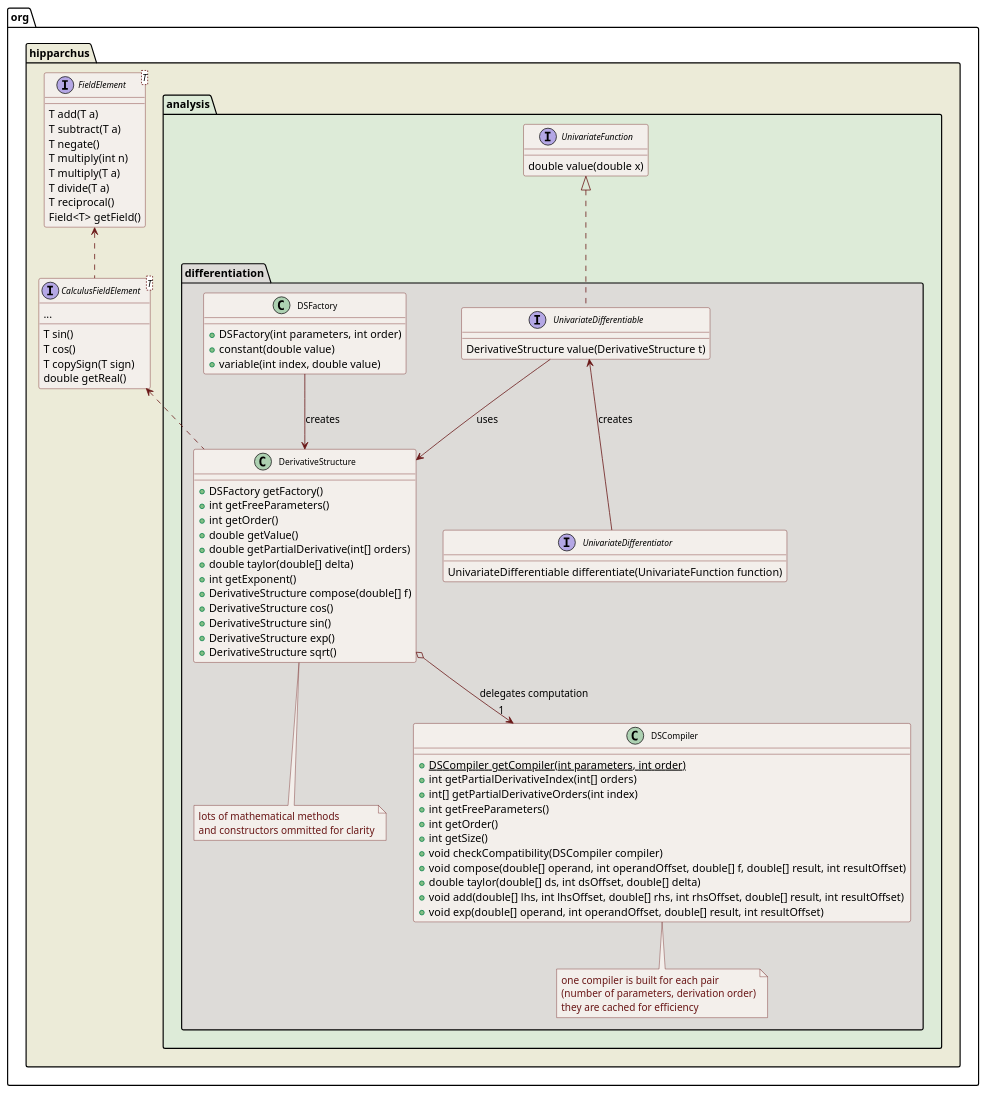
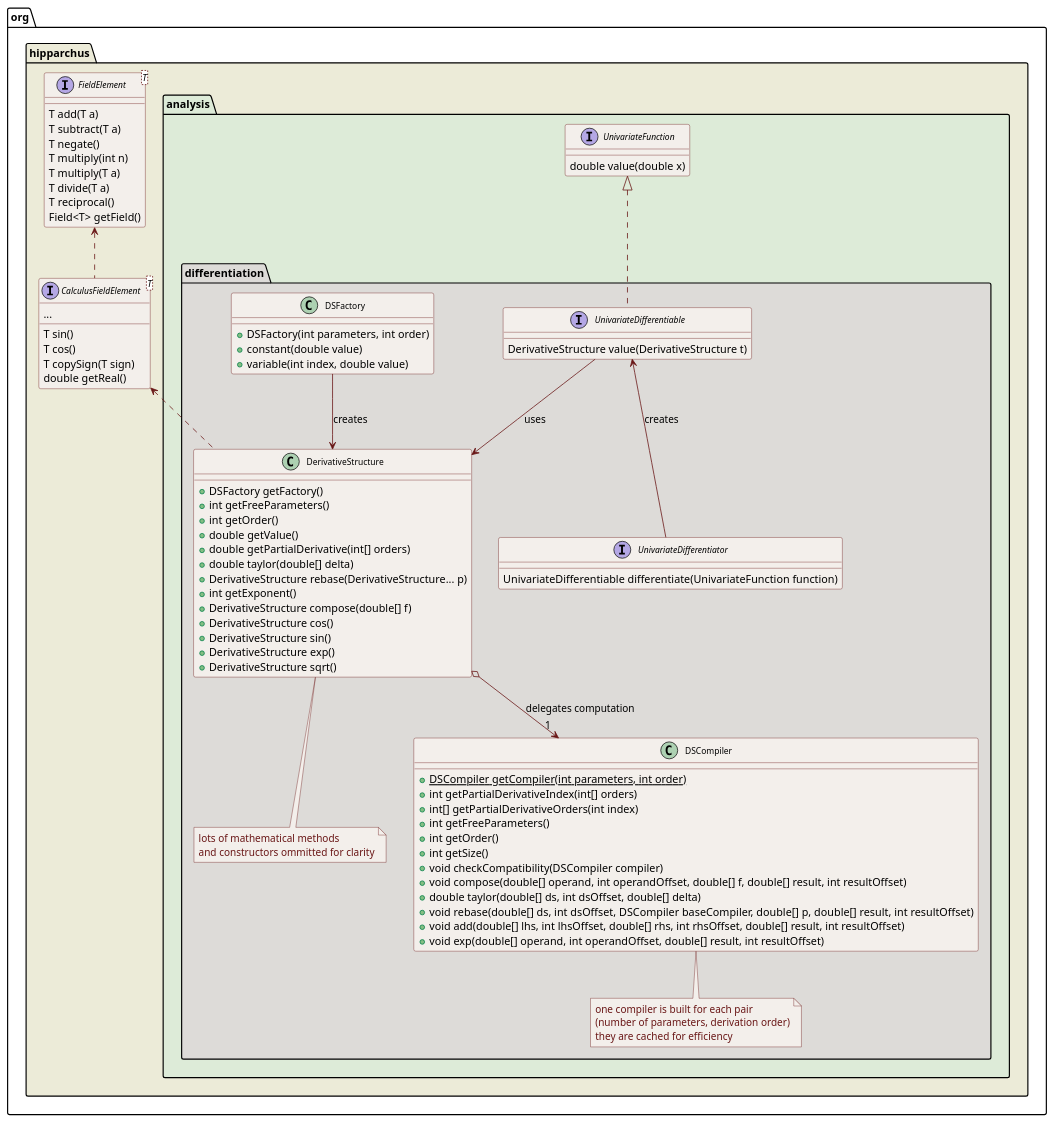
The diagram in hipparchus-core/src/site/design/differentiation.puml (Hipparchus-Math/hipparchus), drawn with PlantUML before and after one commit. The commit also changed 3 other files, not shown here.

First line of the commit message:
Finalized implementation of {Field}DerivativeStructure rebase.

```diff
--- a/hipparchus-core/src/site/design/differentiation.puml
+++ b/hipparchus-core/src/site/design/differentiation.puml
@@ -16,104 +16,106 @@
 @startuml
 
   skinparam svek                  true
   skinparam ClassBackgroundColor  #F3EFEB
   skinparam ClassArrowColor       #691616
   skinparam ClassBorderColor      #691616
   skinparam NoteBackgroundColor   #F3EFEB
   skinparam NoteBorderColor       #691616
   skinparam NoteFontColor         #691616
   skinparam ClassFontSize         11
 
   package org.hipparchus #ECEBD8 {
 
     interface "FieldElement<T>" as FieldElement_T_ {
       T add(T a)
       T subtract(T a)
       T negate()
       T multiply(int n)
       T multiply(T a)
       T divide(T a)
       T reciprocal()
       Field<T> getField()
     }
 
     interface "CalculusFieldElement<T>" as CalculusFieldElement_T_ {
       T sin()
       T cos()
       ...
       T copySign(T sign)
       double getReal()
     }
 
     package analysis #DDEBD8  {
       interface UnivariateFunction {
         double value(double x)
       }
 
       package differentiation #DDDBD8 {
 
         class DSFactory {
           +DSFactory(int parameters, int order)
           +constant(double value)
           +variable(int index, double value)
         }
 
         class DerivativeStructure {
           +DSFactory getFactory()
           +int getFreeParameters()
           +int getOrder()
           +double getValue()
           +double getPartialDerivative(int[] orders)
           +double taylor(double[] delta)
+          +DerivativeStructure rebase(DerivativeStructure... p)
           +int getExponent()
           +DerivativeStructure compose(double[] f)
           +DerivativeStructure cos()
           +DerivativeStructure sin()
           +DerivativeStructure exp()
           +DerivativeStructure sqrt()
         }
         note bottom
           lots of mathematical methods
           and constructors ommitted for clarity
         end note
 
         class DSCompiler {
           {static} +DSCompiler getCompiler(int parameters, int order)
           +int getPartialDerivativeIndex(int[] orders)
           +int[] getPartialDerivativeOrders(int index)
           +int getFreeParameters()
           +int getOrder()
           +int getSize()
           +void checkCompatibility(DSCompiler compiler)
           +void compose(double[] operand, int operandOffset, double[] f, double[] result, int resultOffset)
           +double taylor(double[] ds, int dsOffset, double[] delta)
+          +void rebase(double[] ds, int dsOffset, DSCompiler baseCompiler, double[] p, double[] result, int resultOffset)
           +void add(double[] lhs, int lhsOffset, double[] rhs, int rhsOffset, double[] result, int resultOffset)
           +void exp(double[] operand, int operandOffset, double[] result, int resultOffset)
         }
         note bottom
           one compiler is built for each pair
           (number of parameters, derivation order)
           they are cached for efficiency
         end note
 
         interface UnivariateDifferentiable {
           DerivativeStructure value(DerivativeStructure t)
         }
 
         interface UnivariateDifferentiator {
           UnivariateDifferentiable differentiate(UnivariateFunction function)
         }
 
         FieldElement_T_     <..      CalculusFieldElement_T_
         CalculusFieldElement_T_     <..      DerivativeStructure
         DSFactory           --> DerivativeStructure : creates
         DerivativeStructure o--> "1" DSCompiler : delegates computation
         UnivariateFunction  <|..     UnivariateDifferentiable
         UnivariateDifferentiable <-- UnivariateDifferentiator : creates
         UnivariateDifferentiable --> DerivativeStructure : uses
 
       }
     }
   }
 
 @enduml
```
